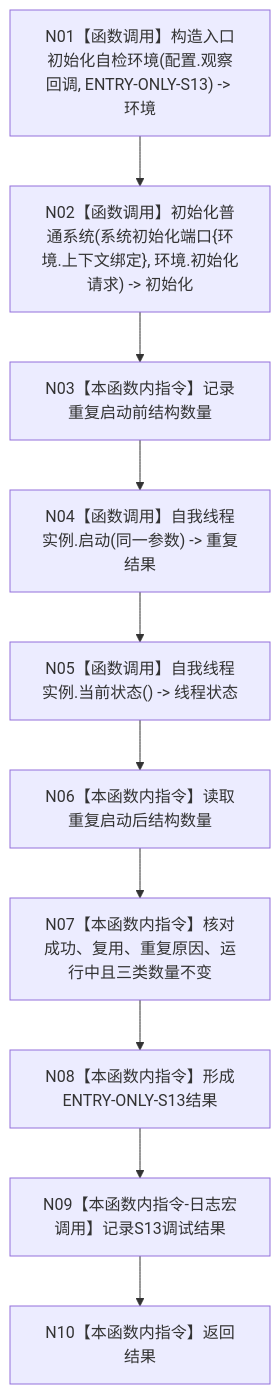
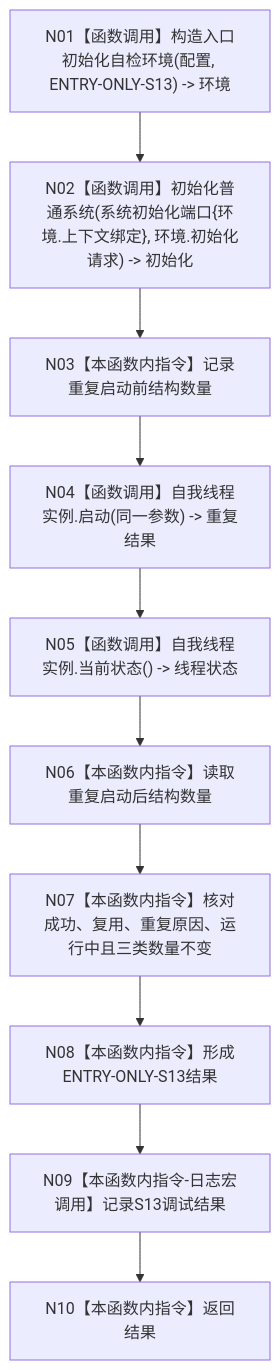
One commit to chunhaizh-cyber/HY-Ego changed the diagram in 流程图/20260726_ENTRY-ONLY_S13_自我线程重复启动结构不变_施工流程图_v0.1.md. Above: the diagram before and after it, drawn with Mermaid. The commit also changed other lines of this file and 51 other files, not shown here.

Commit message:
修订 ENTRY-ONLY 登记设计合同

````diff
--- a/流程图/20260726_ENTRY-ONLY_S13_自我线程重复启动结构不变_施工流程图_v0.1.md
+++ b/流程图/20260726_ENTRY-ONLY_S13_自我线程重复启动结构不变_施工流程图_v0.1.md
@@ -27,12 +27,12 @@
 ```mermaid
 flowchart TD
-    N01["N01【函数调用】构造入口初始化自检环境(配置.观察回调, ENTRY-ONLY-S13) -> 环境"] --> N02["N02【函数调用】初始化普通系统(系统初始化端口{环境.上下文绑定}, 环境.初始化请求) -> 初始化"]
+    N01["N01【函数调用】构造入口初始化自检环境(配置, ENTRY-ONLY-S13) -> 环境"] --> N02["N02【函数调用】初始化普通系统(系统初始化端口{环境.上下文绑定}, 环境.初始化请求) -> 初始化"]
     N02 --> N03["N03【本函数内指令】记录重复启动前结构数量"]
     N03 --> N04["N04【函数调用】自我线程实例.启动(同一参数) -> 重复结果"]
     N04 --> N05["N05【函数调用】自我线程实例.当前状态() -> 线程状态"]
     N05 --> N06["N06【本函数内指令】读取重复启动后结构数量"]
     N06 --> N07["N07【本函数内指令】核对成功、复用、重复原因、运行中且三类数量不变"]
     N07 --> N08["N08【本函数内指令】形成ENTRY-ONLY-S13结果"]
     N08 --> N09["N09【本函数内指令-日志宏调用】记录S13调试结果"]
     N09 --> N10["N10【本函数内指令】返回结果"]
 ```
````
